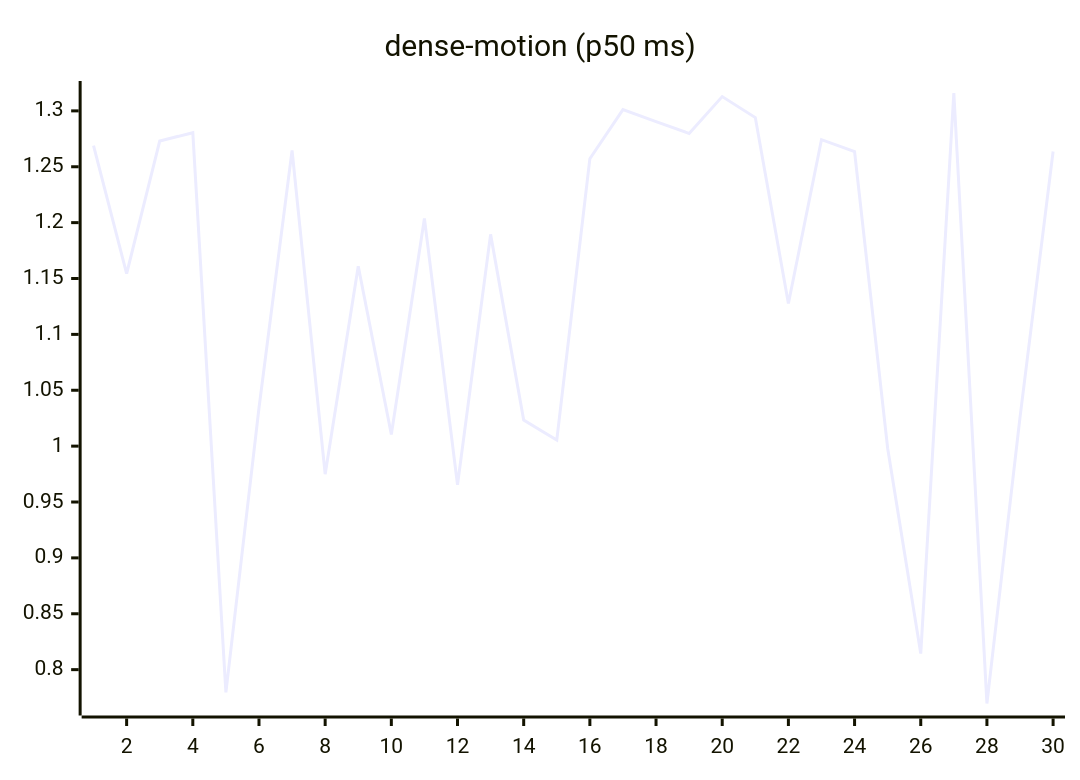
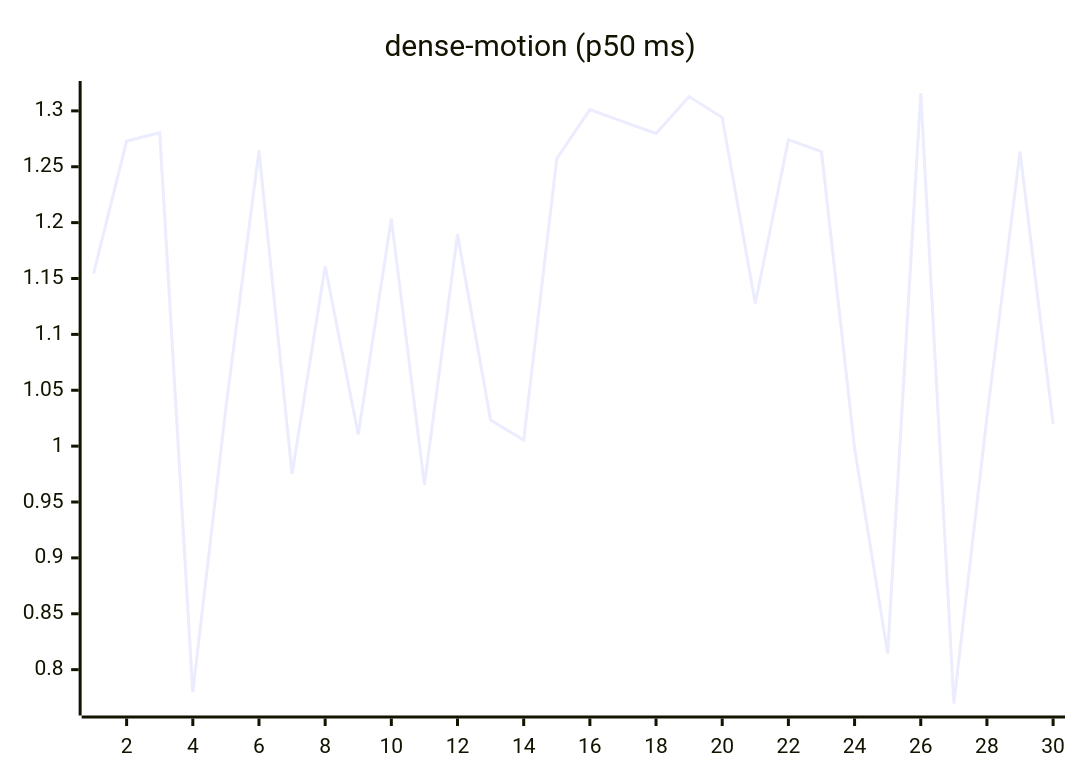
Before and after one commit to josha/Facet: the ninth of 27 diagrams in README.md, drawn with Mermaid. The commit also changed other lines of this file and 2 other files, not shown here.

````diff
--- a/README.md
+++ b/README.md
@@ -119,6 +119,6 @@
 ```mermaid
 xychart-beta
     title "dense-motion (p50 ms)"
     x-axis 1 --> 30
-    line [1.2688, 1.1544, 1.2730, 1.2805, 0.7796, 1.0341, 1.2646, 0.9749, 1.1610, 1.0105, 1.2037, 0.9653, 1.1895, 1.0233, 1.0054, 1.2572, 1.3012, 1.2904, 1.2798, 1.3128, 1.2940, 1.1276, 1.2742, 1.2636, 0.9981, 0.8144, 1.3160, 0.7697, 1.0258, 1.2636]
+    line [1.1544, 1.2730, 1.2805, 0.7796, 1.0341, 1.2646, 0.9749, 1.1610, 1.0105, 1.2037, 0.9653, 1.1895, 1.0233, 1.0054, 1.2572, 1.3012, 1.2904, 1.2798, 1.3128, 1.2940, 1.1276, 1.2742, 1.2636, 0.9981, 0.8144, 1.3160, 0.7697, 1.0258, 1.2636, 1.0200]
 ```
````
